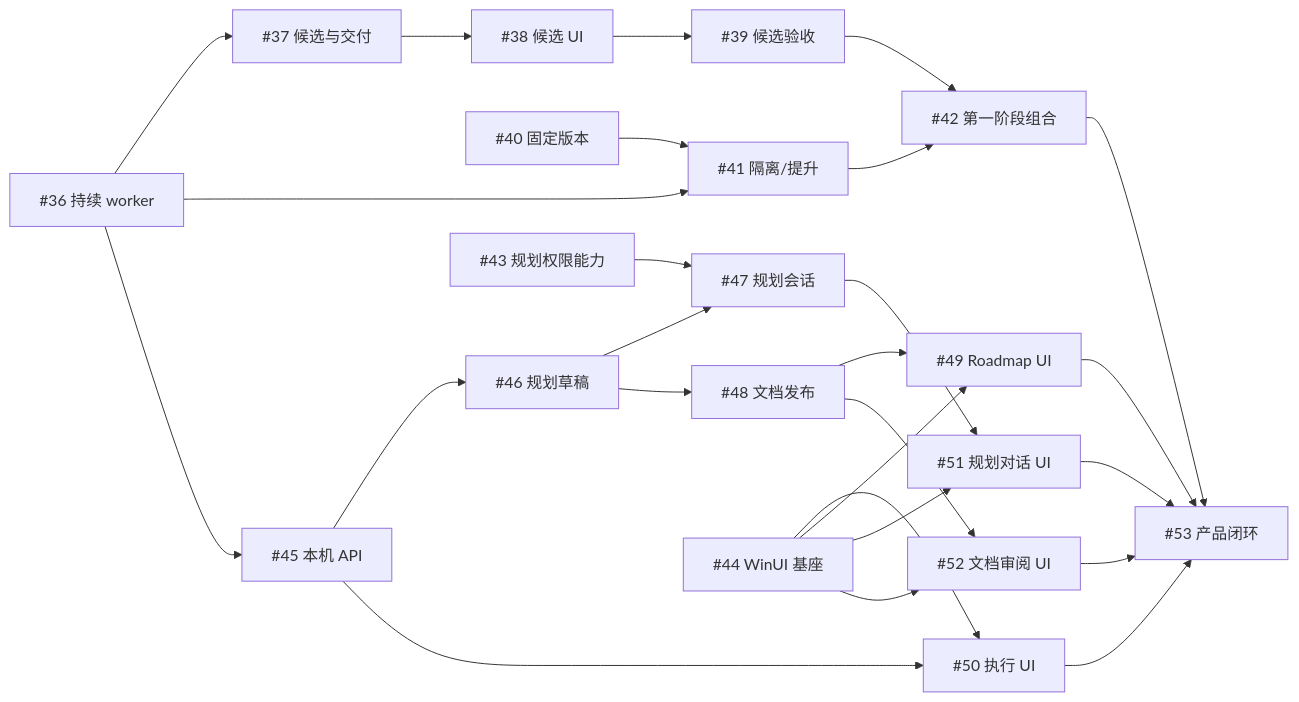
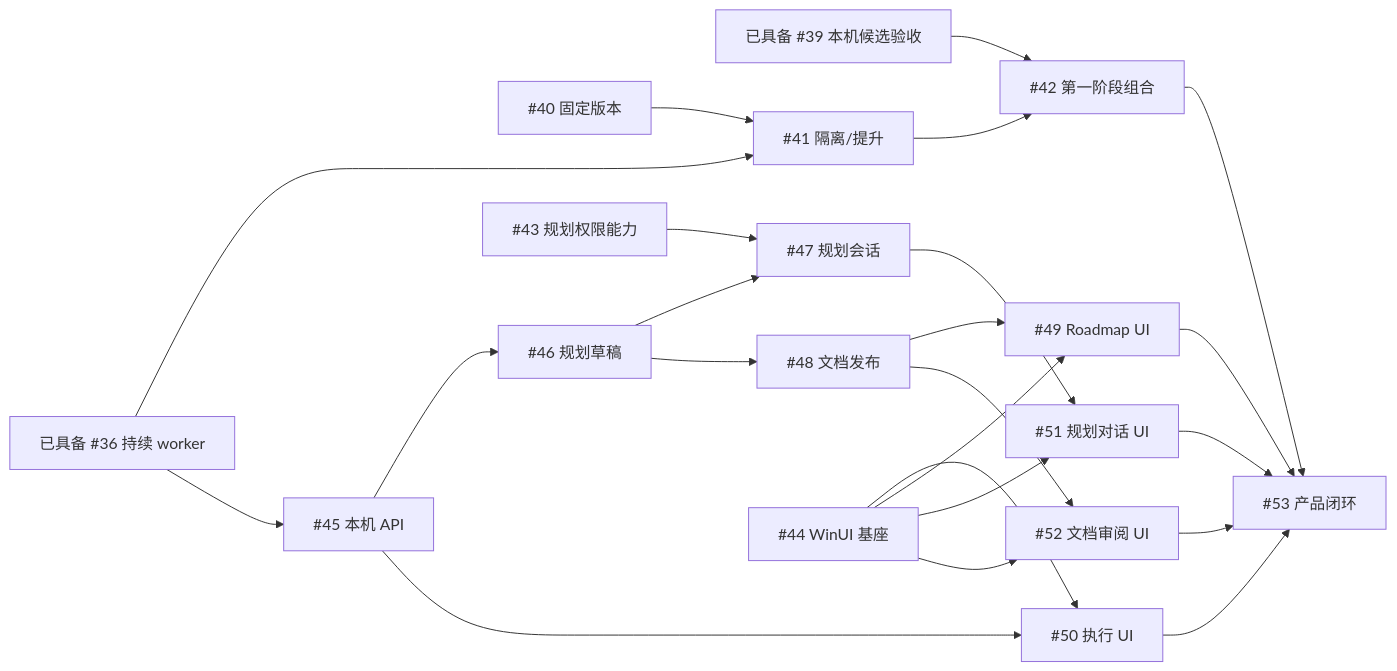
Before and after one commit to erranliu/SteerLine: the first of 2 diagrams in docs/roadmap/execution-map.md, drawn with Mermaid. The commit also changed other lines of this file and 6 other files, not shown here.

Commit message:
docs: consolidate delivered foundations and remaining roadmap

````diff
--- a/docs/roadmap/execution-map.md
+++ b/docs/roadmap/execution-map.md
@@ -32,26 +32,27 @@
 ```mermaid
 flowchart LR
-    W36["#36 持续 worker"] --> C37["#37 候选与交付"] --> U38["#38 候选 UI"] --> A39["#39 候选验收"]
+    W36["已具备 #36 持续 worker"]
+    A39["已具备 #39 本机候选验收"]
     V40["#40 固定版本"] --> V41["#41 隔离/提升"]
     W36 --> V41
     A39 --> A42["#42 第一阶段组合"]
     V41 --> A42
     W36 --> API45["#45 本机 API"]
     API45 --> P46["#46 规划草稿"]
     P46 --> S47["#47 规划会话"]
     C43["#43 规划权限能力"] --> S47
     P46 --> P48["#48 文档发布"]
     UI44["#44 WinUI 基座"] --> E50["#50 执行 UI"]
     API45 --> E50
     UI44 --> R49["#49 Roadmap UI"]
     P48 --> R49
     UI44 --> C51["#51 规划对话 UI"]
     S47 --> C51
     UI44 --> R52["#52 文档审阅 UI"]
     P48 --> R52
     R49 --> A53["#53 产品闭环"]
     E50 --> A53
     C51 --> A53
     R52 --> A53
     A42 --> A53
 ```
````
